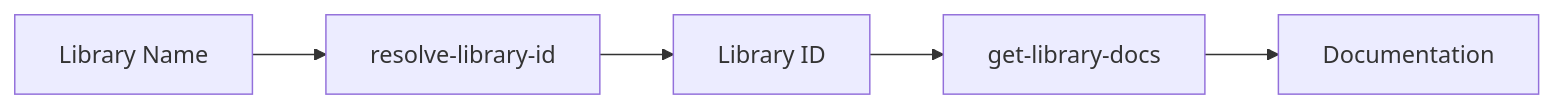
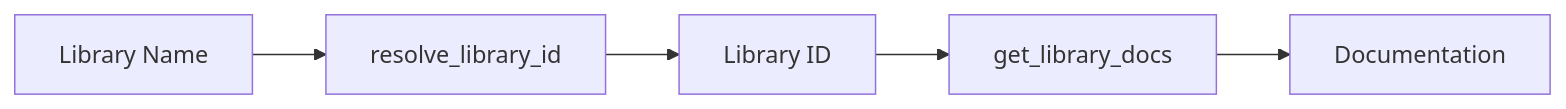
The diagram in internal/tools/packagedocs/README.md (sammcj/mcp-devtools), drawn with Mermaid before and after one commit. The commit also changed other lines of this file and 3 other files, not shown here.

````diff
--- a/internal/tools/packagedocs/README.md
+++ b/internal/tools/packagedocs/README.md
@@ -73,7 +73,7 @@
 ```mermaid
 graph LR
-    A[Library Name] --> B[resolve-library-id]
+    A[Library Name] --> B[resolve_library_id]
     B --> C[Library ID]
-    C --> D[get-library-docs]
+    C --> D[get_library_docs]
     D --> E[Documentation]
 ```
````
